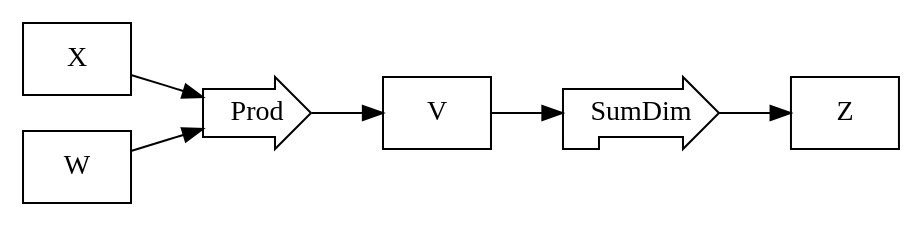
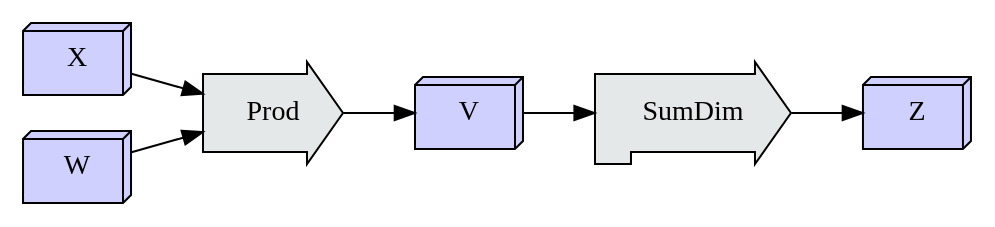
One commit to crutcher/crutcher.github.io-source changed diagram 23 of 55 in source/Tapestry/index.md. Above: the diagram before and after it, drawn with Graphviz. The commit also changed other lines of this file and 2 other files, not shown here.

````diff
--- a/source/Tapestry/index.md
+++ b/source/Tapestry/index.md
@@ -3448,17 +3454,27 @@
 ```graphviz
 digraph D {
     rankdir=LR;
-    X, W, V, Z [shape=box];
+    X, W, V, Z [shape=box3d, fillcolor="#d0d0ff", style=filled];
     
     X -> Prod;
     W -> Prod;
-    Prod [shape=rarrow];
+    Prod [
+        shape=rarrow,
+        margin=0.25,
+        style=filled,
+        fillcolor="#E5E8E8",
+    ];
     
     Prod -> V;
     
     V -> SumDim;
-    SumDim [shape=rpromoter];
+    SumDim [
+      shape=rpromoter,
+      margin=0.25,
+      style=filled,
+      fillcolor="#E5E8E8",
+    ];
     
     SumDim -> Z;
 }
 ```
````
